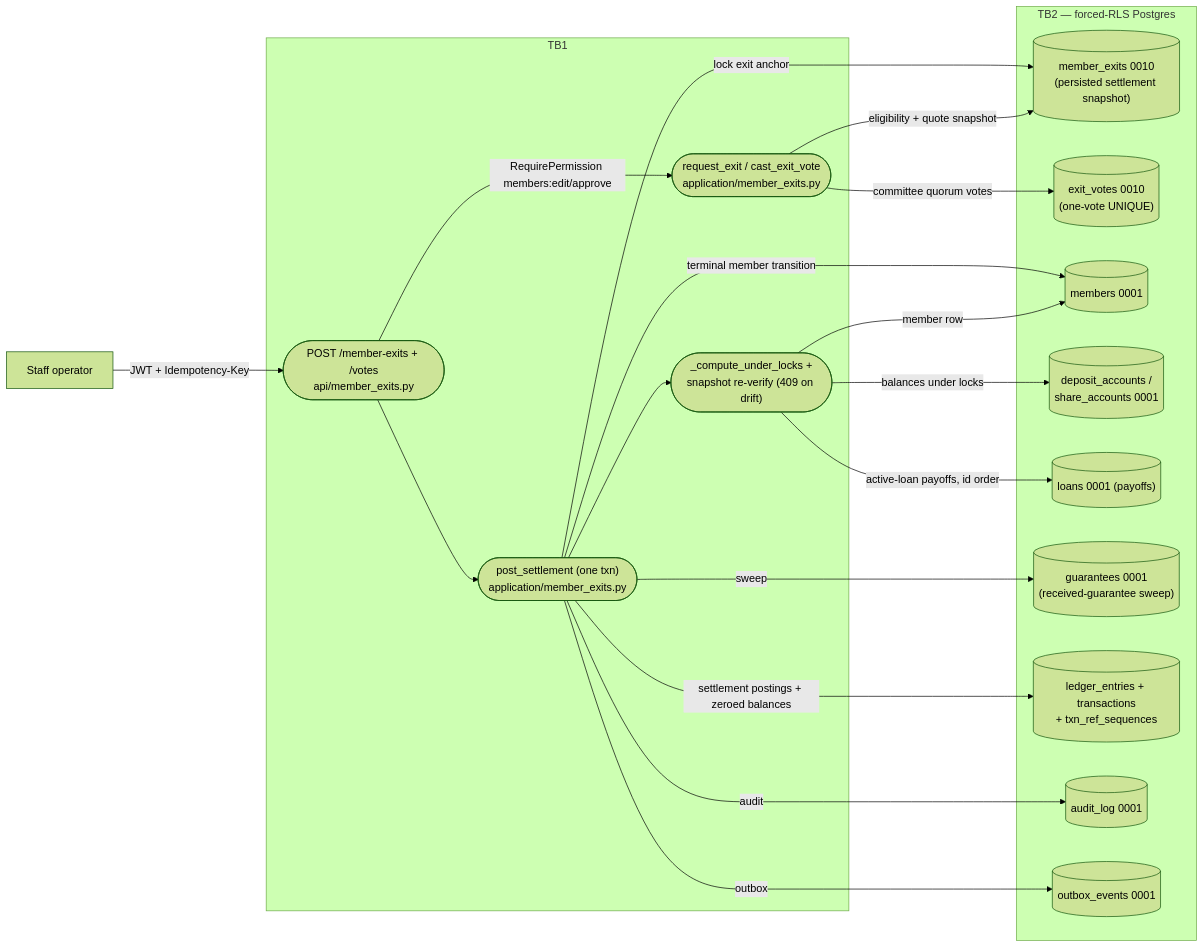
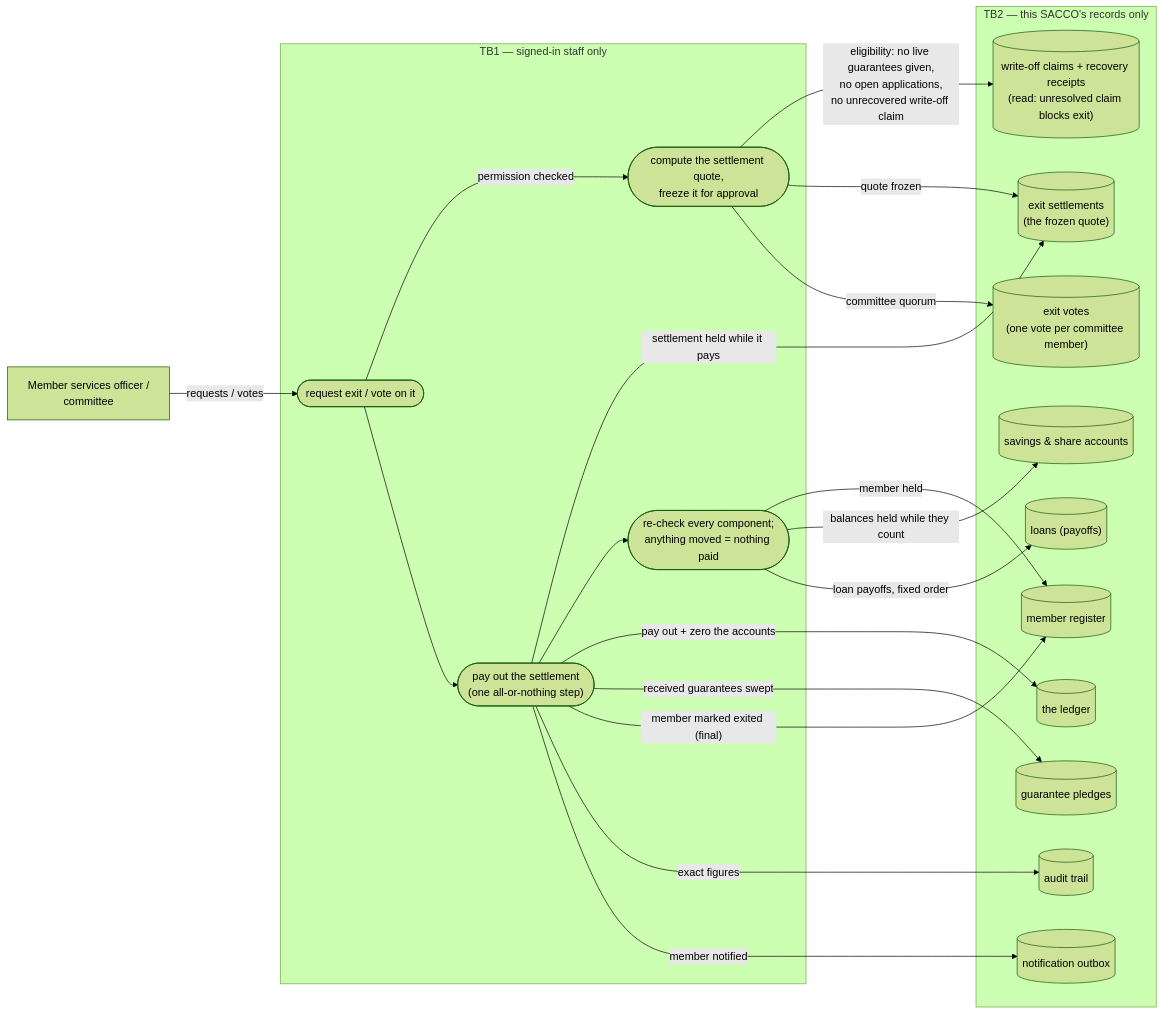
The fifth of 15 diagrams in docs/diagrams/dfd.md (Benson-Kim/genesis-sacco), drawn with Mermaid (forest theme) before and after one commit. The commit also changed other lines of this file, not shown here.

First line of the commit message:
docs(diagrams): DFD redrawn business-legible; P13.15/P13.16 flipped as-built; F10-F14 added

````diff
--- a/docs/diagrams/dfd.md
+++ b/docs/diagrams/dfd.md
@@ -231,38 +303,40 @@
 ```mermaid
 flowchart LR
-    %% P-DIAG.3 F4 — authored against main @ 08541b860f1445b16c342c39b6606d86b9dbeb17
-    EXIT_E1["Staff operator"]
-    subgraph TB1["TB1"]
-        EXIT_P1(["POST /member-exits + /votes<br/>api/member_exits.py"])
-        EXIT_P2(["request_exit / cast_exit_vote<br/>application/member_exits.py"])
-        EXIT_P3(["post_settlement (one txn)<br/>application/member_exits.py"])
-        EXIT_P4(["_compute_under_locks +<br/>snapshot re-verify (409 on drift)"])
+    %% P-DIAG.3 F4 — reconciled to main @ 8f46aa54250ff1a066af423924f3eb54a9c72fb7
+    EXIT_E1["Member services officer /<br/>committee"]
+    subgraph TB1["TB1 — signed-in staff only"]
+        EXIT_P1(["request exit / vote on it"])
+        EXIT_P2(["compute the settlement quote,<br/>freeze it for approval"])
+        EXIT_P3(["pay out the settlement<br/>(one all-or-nothing step)"])
+        EXIT_P4(["re-check every component;<br/>anything moved = nothing paid"])
     end
-    subgraph TB2["TB2 — forced-RLS Postgres"]
-        EXIT_S1[("member_exits 0010<br/>(persisted settlement snapshot)")]
-        EXIT_S2[("exit_votes 0010<br/>(one-vote UNIQUE)")]
-        EXIT_S3[("members 0001")]
-        EXIT_S4[("deposit_accounts /<br/>share_accounts 0001")]
-        EXIT_S5[("loans 0001 (payoffs)")]
-        EXIT_S6[("guarantees 0001<br/>(received-guarantee sweep)")]
-        EXIT_S7[("ledger_entries + transactions<br/>+ txn_ref_sequences")]
-        EXIT_S8[("audit_log 0001")]
-        EXIT_S9[("outbox_events 0001")]
+    subgraph TB2["TB2 — this SACCO's records only"]
+        EXIT_S1[("exit settlements<br/>(the frozen quote)")]
+        EXIT_S2[("exit votes<br/>(one vote per committee member)")]
+        EXIT_S3[("member register")]
+        EXIT_S4[("savings & share accounts")]
+        EXIT_S5[("loans (payoffs)")]
+        EXIT_S6[("guarantee pledges")]
+        EXIT_S7[("the ledger")]
+        EXIT_S8[("audit trail")]
+        EXIT_S9[("notification outbox")]
+        EXIT_S10[("write-off claims + recovery receipts<br/>(read: unresolved claim blocks exit)")]
     end
 
-    EXIT_E1 -->|"JWT + Idempotency-Key"| EXIT_P1
-    EXIT_P1 -->|"RequirePermission members:edit/approve"| EXIT_P2
-    EXIT_P2 -->|"eligibility + quote snapshot"| EXIT_S1
-    EXIT_P2 -->|"committee quorum votes"| EXIT_S2
+    EXIT_E1 -->|"requests / votes"| EXIT_P1
+    EXIT_P1 -->|"permission checked"| EXIT_P2
+    EXIT_P2 -->|"eligibility: no live guarantees given,<br/>no open applications,<br/>no unrecovered write-off claim"| EXIT_S10
+    EXIT_P2 -->|"quote frozen"| EXIT_S1
+    EXIT_P2 -->|"committee quorum"| EXIT_S2
     EXIT_P1 --> EXIT_P3
-    EXIT_P3 -->|"lock exit anchor"| EXIT_S1
+    EXIT_P3 -->|"settlement held while it pays"| EXIT_S1
     EXIT_P3 --> EXIT_P4
-    EXIT_P4 -->|"member row"| EXIT_S3
-    EXIT_P4 -->|"balances under locks"| EXIT_S4
-    EXIT_P4 -->|"active-loan payoffs, id order"| EXIT_S5
-    EXIT_P3 -->|"settlement postings + zeroed balances"| EXIT_S7
-    EXIT_P3 -->|"sweep"| EXIT_S6
-    EXIT_P3 -->|"terminal member transition"| EXIT_S3
-    EXIT_P3 -->|"audit"| EXIT_S8
-    EXIT_P3 -->|"outbox"| EXIT_S9
+    EXIT_P4 -->|"member held"| EXIT_S3
+    EXIT_P4 -->|"balances held while they count"| EXIT_S4
+    EXIT_P4 -->|"loan payoffs, fixed order"| EXIT_S5
+    EXIT_P3 -->|"pay out + zero the accounts"| EXIT_S7
+    EXIT_P3 -->|"received guarantees swept"| EXIT_S6
+    EXIT_P3 -->|"member marked exited (final)"| EXIT_S3
+    EXIT_P3 -->|"exact figures"| EXIT_S8
+    EXIT_P3 -->|"member notified"| EXIT_S9
 ```
````
